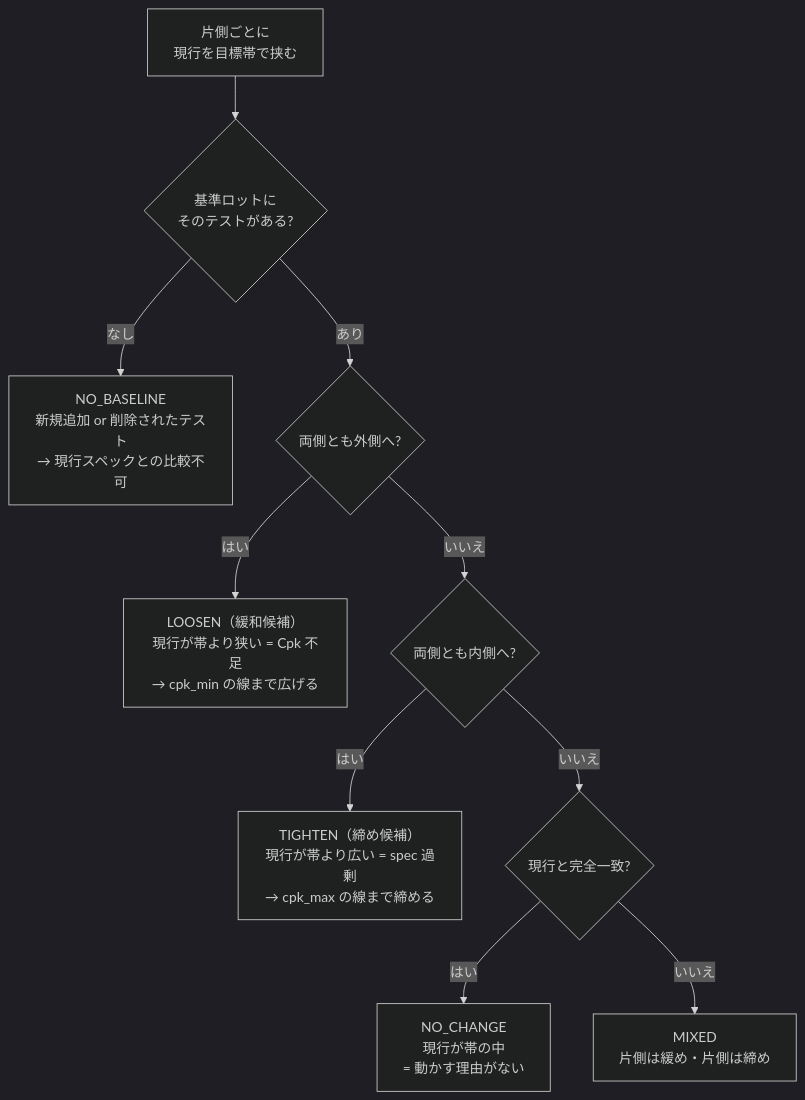
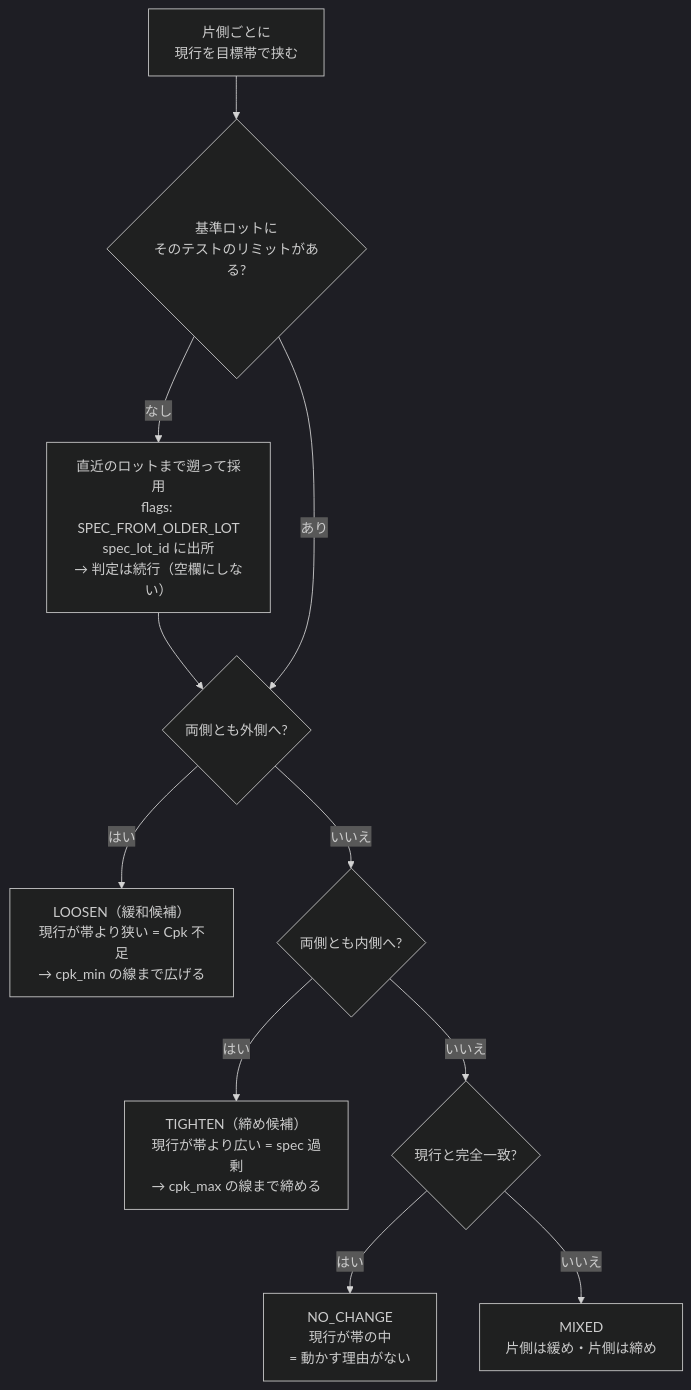
The second of 4 diagrams in docs/sample_queries.md (Kei0bb/STDF), drawn with Mermaid (dark theme) before and after one commit. The commit also changed other lines of this file, not shown here.

````diff
--- a/docs/sample_queries.md
+++ b/docs/sample_queries.md
@@ -852,12 +867,13 @@
 ```mermaid
 flowchart TD
-    S["片側ごとに<br/>現行を目標帯で挟む"] --> A{"基準ロットに<br/>そのテストがある?"}
-    A -->|"なし"| NB["NO_BASELINE<br/>新規追加 or 削除されたテスト<br/>→ 現行スペックとの比較不可"]
+    S["片側ごとに<br/>現行を目標帯で挟む"] --> A{"基準ロットに<br/>そのテストのリミットがある?"}
+    A -->|"なし"| NB["直近のロットまで遡って採用<br/>flags: SPEC_FROM_OLDER_LOT<br/>spec_lot_id に出所<br/>→ 判定は続行（空欄にしない）"]
+    NB --> B
     A -->|"あり"| B{"両側とも外側へ?"}
     B -->|"はい"| L["LOOSEN（緩和候補）<br/>現行が帯より狭い = Cpk 不足<br/>→ cpk_min の線まで広げる"]
     B -->|"いいえ"| C{"両側とも内側へ?"}
     C -->|"はい"| T["TIGHTEN（締め候補）<br/>現行が帯より広い = spec 過剰<br/>→ cpk_max の線まで締める"]
     C -->|"いいえ"| D{"現行と完全一致?"}
     D -->|"はい"| N["NO_CHANGE<br/>現行が帯の中<br/>= 動かす理由がない"]
     D -->|"いいえ"| M["MIXED<br/>片側は緩め・片側は締め"]
 ```
````
